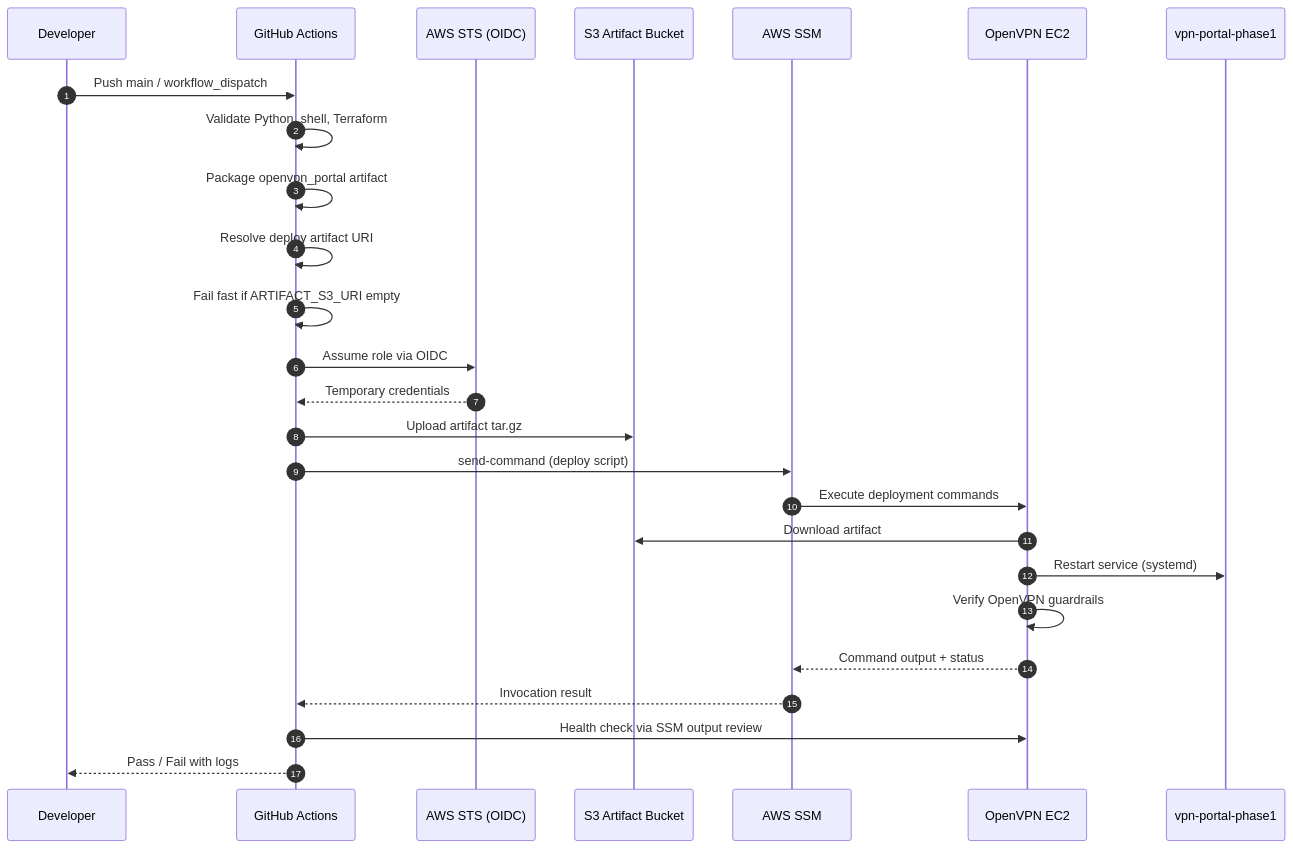
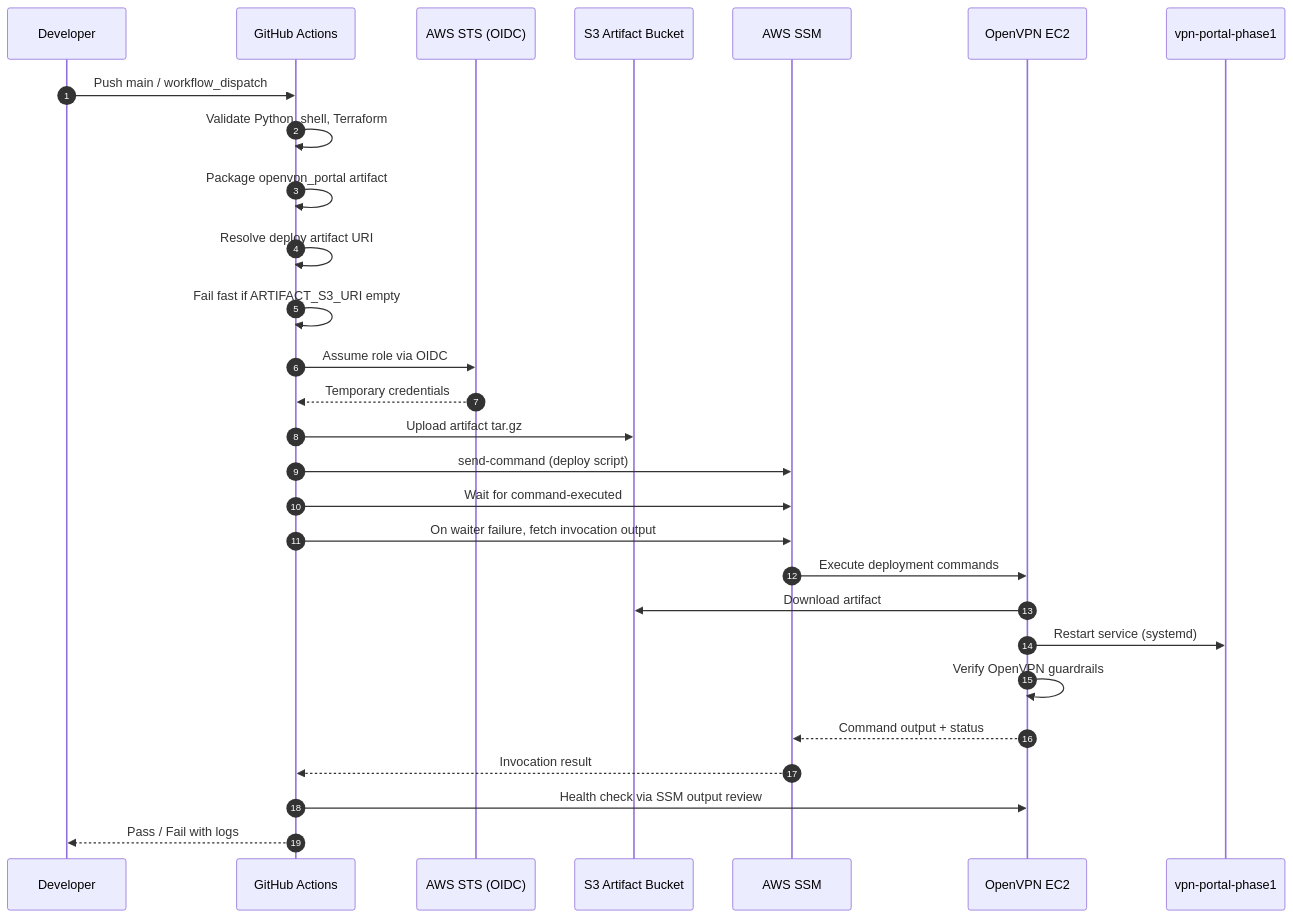
Before and after one commit to liyongke/OpenVPN: the second of 3 diagrams in README.md, drawn with Mermaid. The commit also changed other lines of this file and 6 other files, not shown here.

Commit message:
chore: sync all scripts, docs, diagrams, and skills to latest consistent state

````diff
--- a/README.md
+++ b/README.md
@@ -96,29 +96,31 @@
 ```mermaid
 sequenceDiagram
   autonumber
   participant Dev as Developer
   participant GH as GitHub Actions
   participant STS as AWS STS (OIDC)
   participant S3 as S3 Artifact Bucket
   participant SSM as AWS SSM
   participant EC2 as OpenVPN EC2
   participant Portal as vpn-portal-phase1
 
   Dev->>GH: Push main / workflow_dispatch
   GH->>GH: Validate Python, shell, Terraform
   GH->>GH: Package openvpn_portal artifact
   GH->>GH: Resolve deploy artifact URI
   GH->>GH: Fail fast if ARTIFACT_S3_URI empty
   GH->>STS: Assume role via OIDC
   STS-->>GH: Temporary credentials
   GH->>S3: Upload artifact tar.gz
   GH->>SSM: send-command (deploy script)
+  GH->>SSM: Wait for command-executed
+  GH->>SSM: On waiter failure, fetch invocation output
   SSM->>EC2: Execute deployment commands
   EC2->>S3: Download artifact
   EC2->>Portal: Restart service (systemd)
   EC2->>EC2: Verify OpenVPN guardrails
   EC2-->>SSM: Command output + status
   SSM-->>GH: Invocation result
   GH->>EC2: Health check via SSM output review
   GH-->>Dev: Pass / Fail with logs
 ```
````
